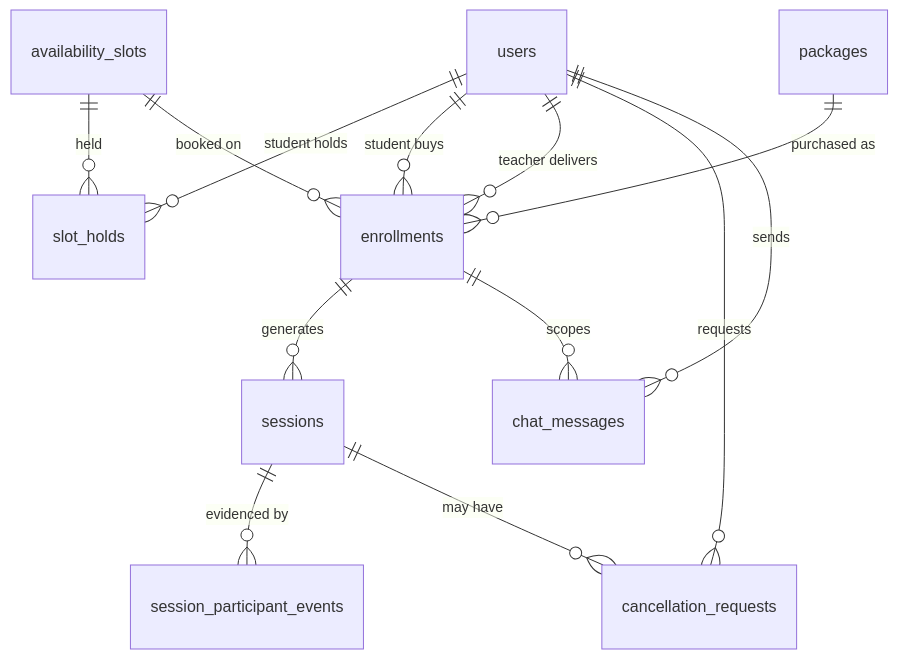
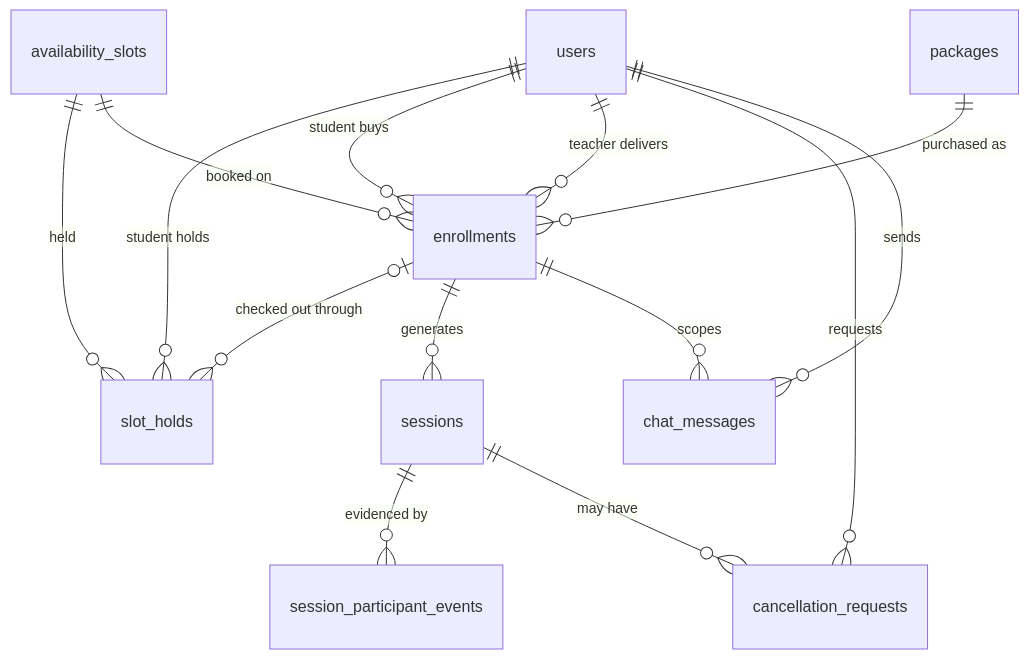
One commit to SaifElsayed/Ejazah changed the second of 4 diagrams in docs/ERD.md. Above: the diagram before and after it, drawn with Mermaid. The commit also changed other lines of this file and 11 other files, not shown here.

````diff
--- a/docs/ERD.md
+++ b/docs/ERD.md
@@ -582,15 +583,16 @@
 ```mermaid
 erDiagram
     users ||--o{ slot_holds : "student holds"
     availability_slots ||--o{ slot_holds : "held"
+    enrollments |o--o{ slot_holds : "checked out through"
     users ||--o{ enrollments : "student buys"
     users ||--o{ enrollments : "teacher delivers"
     packages ||--o{ enrollments : "purchased as"
     availability_slots ||--o{ enrollments : "booked on"
     enrollments ||--o{ sessions : "generates"
     sessions ||--o{ session_participant_events : "evidenced by"
     sessions ||--o{ cancellation_requests : "may have"
     users ||--o{ cancellation_requests : "requests"
     enrollments ||--o{ chat_messages : "scopes"
     users ||--o{ chat_messages : "sends"
 ```
````
